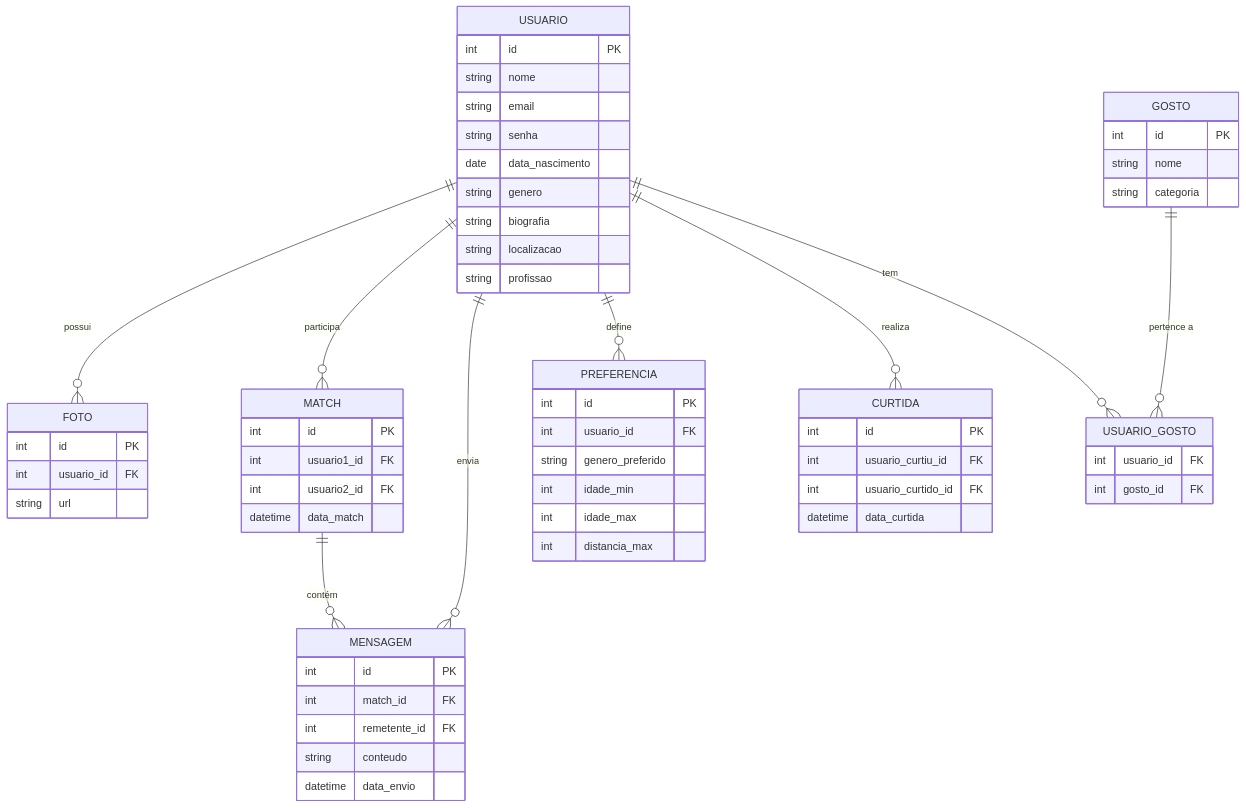
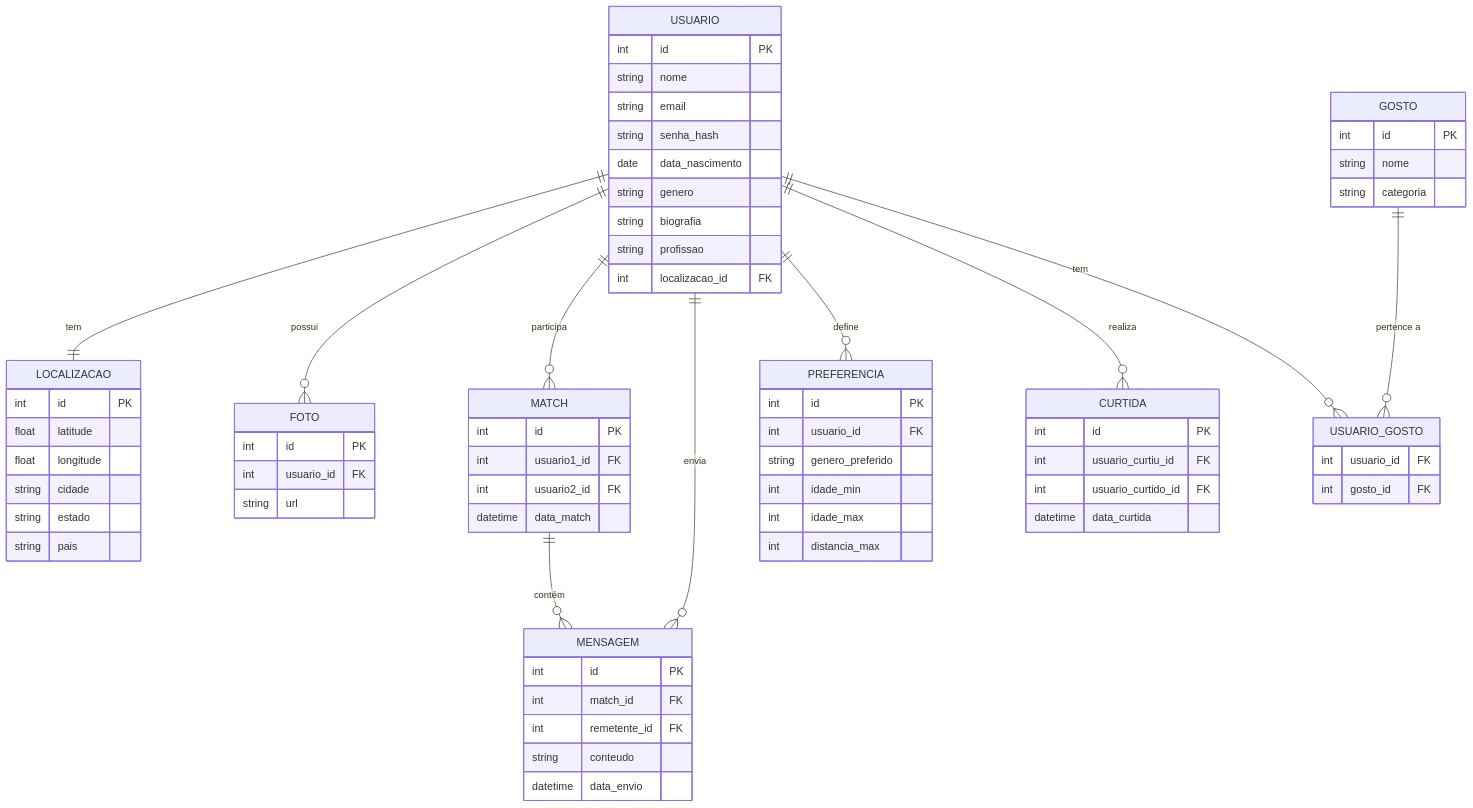
The diagram in estrutura.mermaid (UnPapo/unpapo-back), drawn with Mermaid before and after one commit.

```diff
--- a/estrutura.mermaid
+++ b/estrutura.mermaid
@@ -1,62 +1,71 @@
 erDiagram
     USUARIO {
         int id PK
         string nome
         string email
-        string senha
+        string senha_hash
         date data_nascimento
         string genero
         string biografia
-        string localizacao
         string profissao
+        int localizacao_id FK
+    }
+    LOCALIZACAO {
+        int id PK
+        float latitude
+        float longitude
+        string cidade
+        string estado
+        string pais
     }
     FOTO {
         int id PK
         int usuario_id FK
         string url
     }
     MATCH {
         int id PK
         int usuario1_id FK
         int usuario2_id FK
         datetime data_match
     }
     MENSAGEM {
         int id PK
         int match_id FK
         int remetente_id FK
         string conteudo
         datetime data_envio
     }
     PREFERENCIA {
         int id PK
         int usuario_id FK
         string genero_preferido
         int idade_min
         int idade_max
         int distancia_max
     }
     CURTIDA {
         int id PK
         int usuario_curtiu_id FK
         int usuario_curtido_id FK
         datetime data_curtida
     }
     GOSTO {
         int id PK
         string nome
         string categoria
     }
     USUARIO_GOSTO {
         int usuario_id FK
         int gosto_id FK
     }
 
+    USUARIO ||--|| LOCALIZACAO : "tem"
     USUARIO ||--o{ FOTO : "possui"
     USUARIO ||--o{ MATCH : "participa"
     USUARIO ||--o{ MENSAGEM : "envia"
     USUARIO ||--o{ PREFERENCIA : "define"
     USUARIO ||--o{ CURTIDA : "realiza"
     USUARIO ||--o{ USUARIO_GOSTO : "tem"
     GOSTO ||--o{ USUARIO_GOSTO : "pertence a"
     MATCH ||--o{ MENSAGEM : "contém"
```
